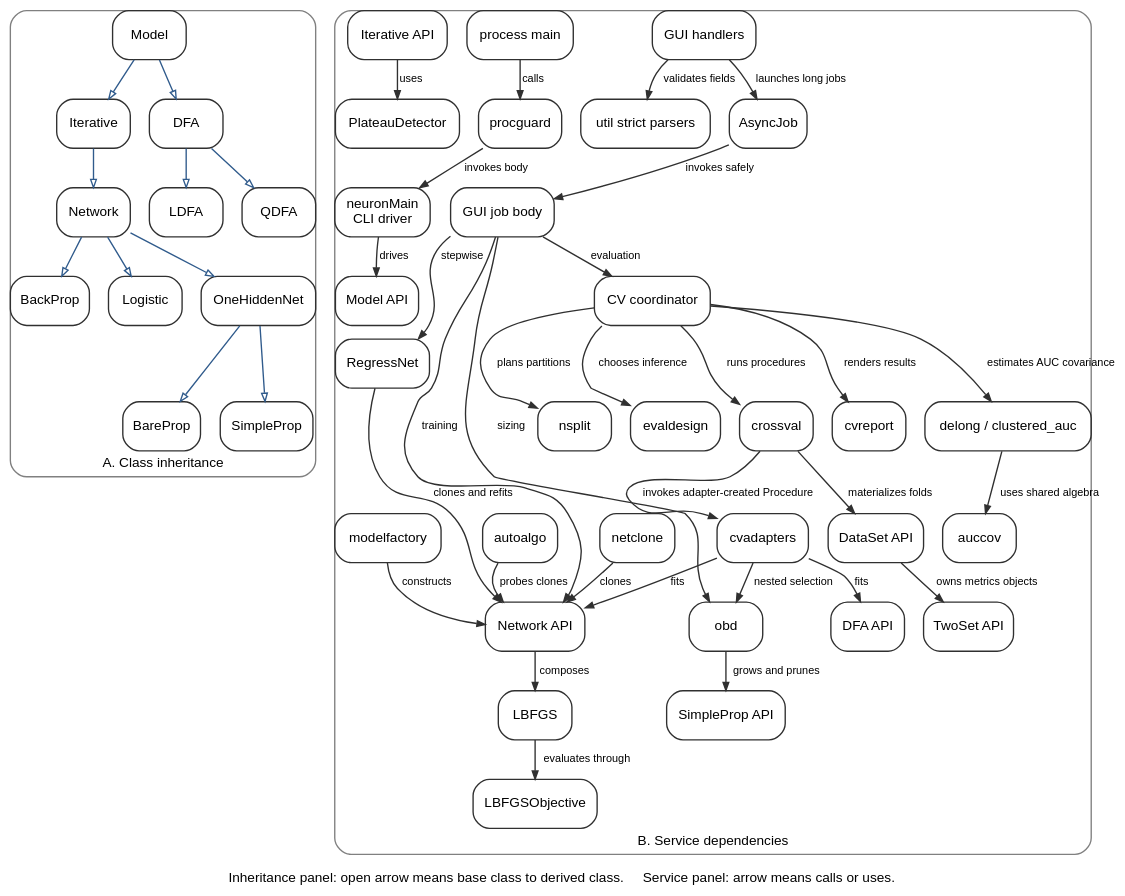
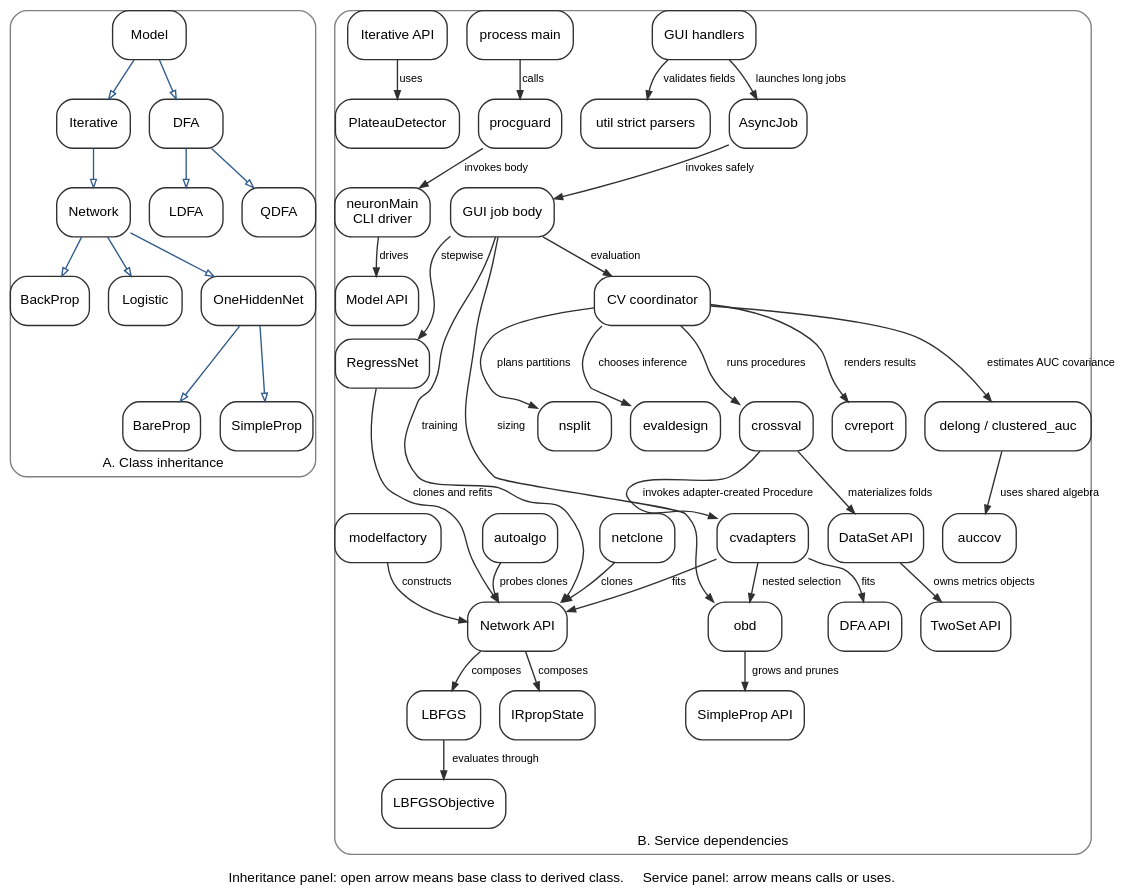
Before and after one commit to craignied/neuron: the diagram in docs/tex/figures/objects.dot, drawn with Graphviz. The commit also changed 5 other files, not shown here.

```diff
--- a/docs/tex/figures/objects.dot
+++ b/docs/tex/figures/objects.dot
@@ -1,112 +1,114 @@
 digraph neuron_objects {
   graph [rankdir=TB, bgcolor="transparent", margin=0.03, nodesep=0.20,
          ranksep=0.27, fontname="Helvetica", fontsize=10,
          label="Inheritance panel: open arrow means base class to derived class.     Service panel: arrow means calls or uses.",
          labelloc=b, labeljust=c];
   node [shape=box, style="rounded", color="#303030", fontname="Helvetica",
         fontsize=10, margin="0.09,0.05"];
   edge [color="#303030", fontname="Helvetica", fontsize=8, arrowsize=0.60];
 
   subgraph cluster_classes {
     label="A. Class inheritance";
     color="#808080";
     style="rounded";
 
     Model [label="Model"];
     Iterative [label="Iterative"];
     Network [label="Network"];
     OneHidden [label="OneHiddenNet"];
     Bare [label="BareProp"];
     Simple [label="SimpleProp"];
     Back [label="BackProp"];
     Logistic [label="Logistic"];
     DFA [label="DFA"];
     LDFA [label="LDFA"];
     QDFA [label="QDFA"];
 
     Model -> Iterative [arrowhead=empty, color="#305b8c"];
     Iterative -> Network [arrowhead=empty, color="#305b8c"];
     Network -> OneHidden [arrowhead=empty, color="#305b8c"];
     OneHidden -> Bare [arrowhead=empty, color="#305b8c"];
     OneHidden -> Simple [arrowhead=empty, color="#305b8c"];
     Network -> Back [arrowhead=empty, color="#305b8c"];
     Network -> Logistic [arrowhead=empty, color="#305b8c"];
     Model -> DFA [arrowhead=empty, color="#305b8c"];
     DFA -> LDFA [arrowhead=empty, color="#305b8c"];
     DFA -> QDFA [arrowhead=empty, color="#305b8c"];
   }
 
   subgraph cluster_services {
     label="B. Service dependencies";
     color="#808080";
     style="rounded";
 
     Gui [label="GUI handlers"];
     Main [label="process main"];
     Cli [label="neuronMain\nCLI driver"];
     Parse [label="util strict parsers"];
     Async [label="AsyncJob"];
     JobBody [label="GUI job body"];
     Guard [label="procguard"];
 
     CvCoord [label="CV coordinator"];
     Split [label="nsplit"];
     CV [label="crossval"];
     Adapters [label="cvadapters"];
     Eval [label="evaldesign"];
     Est [label="delong / clustered_auc"];
     Cov [label="auccov"];
     Report [label="cvreport"];
 
     OBD [label="obd"];
     RegressNet [label="RegressNet"];
     Factory [label="modelfactory"];
     Clone [label="netclone"];
     Auto [label="autoalgo"];
     Plateau [label="PlateauDetector"];
     LBFGS [label="LBFGS"];
     LBFGSObjective [label="LBFGSObjective"];
+    IRprop [label="IRpropState"];
 
     ModelApi [label="Model API"];
     IterativeApi [label="Iterative API"];
     NetworkApi [label="Network API"];
     SimpleApi [label="SimpleProp API"];
     DfaApi [label="DFA API"];
     DataApi [label="DataSet API"];
     TwoSetApi [label="TwoSet API"];
 
     Gui -> Parse [label="validates fields"];
     Gui -> Async [label="launches long jobs"];
     Main -> Guard [label="calls"];
     Guard -> Cli [label="invokes body"];
     Cli -> ModelApi [label="drives"];
 
     Async -> JobBody [label="invokes safely"];
     JobBody -> NetworkApi [label="training"];
     JobBody -> OBD [label="sizing"];
     JobBody -> RegressNet [label="stepwise"];
     JobBody -> CvCoord [label="evaluation"];
 
     CvCoord -> Split [label="plans partitions"];
     CvCoord -> CV [label="runs procedures"];
     CvCoord -> Eval [label="chooses inference"];
     CvCoord -> Est [label="estimates AUC covariance"];
     CvCoord -> Report [label="renders results"];
     CV -> DataApi [label="materializes folds"];
     CV -> Adapters [label="invokes adapter-created Procedure"];
     Adapters -> NetworkApi [label="fits"];
     Adapters -> DfaApi [label="fits"];
     Adapters -> OBD [label="nested selection"];
     Est -> Cov [label="uses shared algebra"];
 
     DataApi -> TwoSetApi [label="owns metrics objects"];
     IterativeApi -> Plateau [label="uses"];
     OBD -> SimpleApi [label="grows and prunes"];
     RegressNet -> NetworkApi [label="clones and refits"];
     Factory -> NetworkApi [label="constructs"];
     Clone -> NetworkApi [label="clones"];
     Auto -> NetworkApi [label="probes clones"];
     NetworkApi -> LBFGS [label="composes"];
     LBFGS -> LBFGSObjective [label="evaluates through"];
+    NetworkApi -> IRprop [label="composes"];
   }
 }
```
